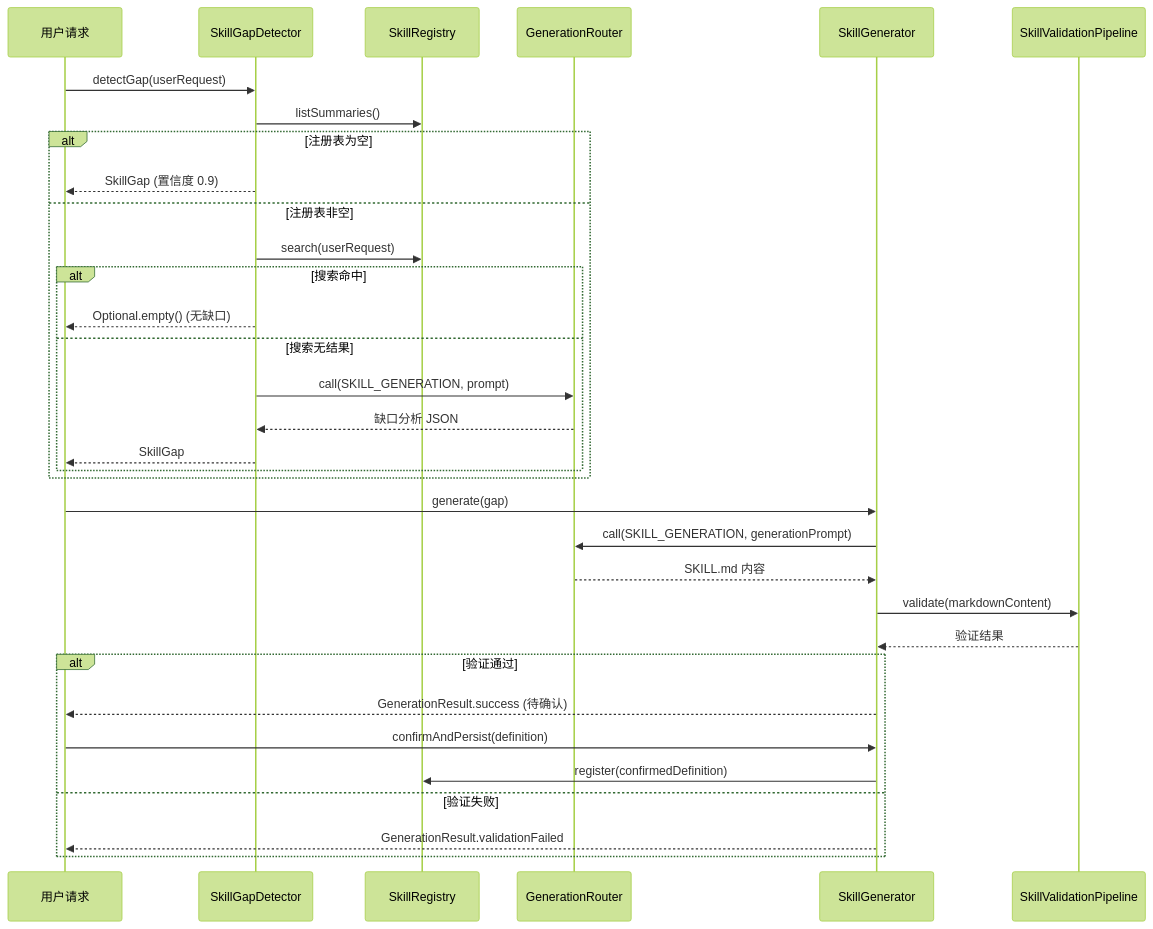
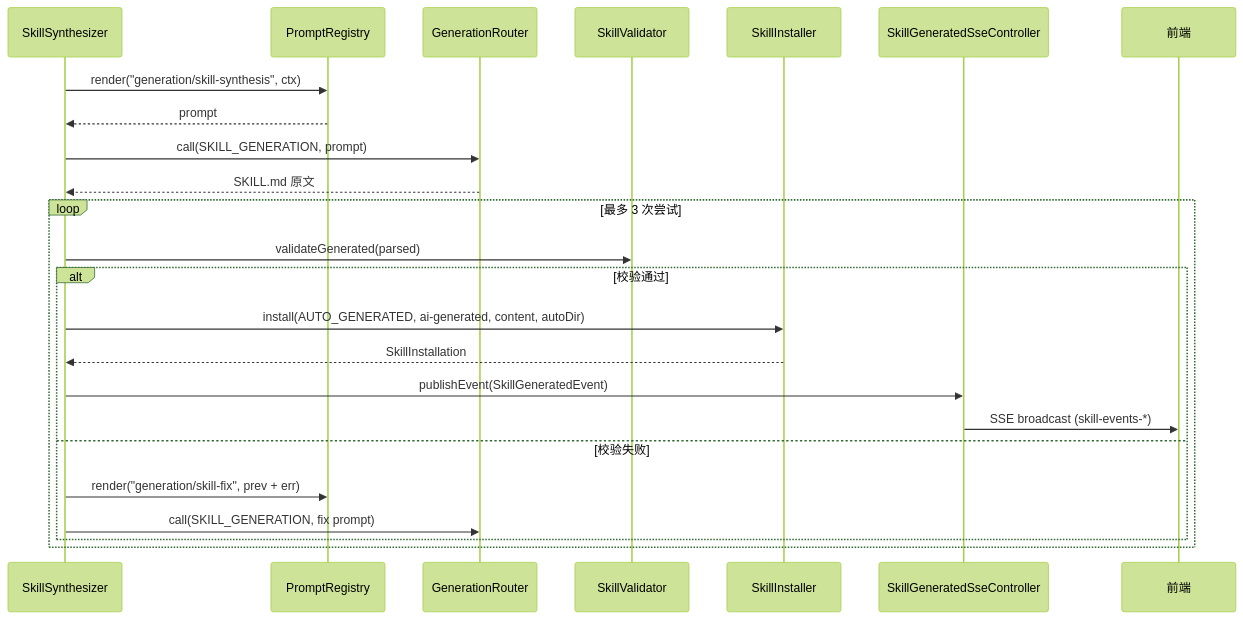
The fifth of 5 diagrams in docs/architecture/skill-system.md (ntygod/LifePilot), drawn with Mermaid (forest theme) before and after one commit. The commit also changed other lines of this file and 263 other files, not shown here.

````diff
--- a/docs/architecture/skill-system.md
+++ b/docs/architecture/skill-system.md
@@ -209,37 +343,27 @@
 ```mermaid
 sequenceDiagram
-    participant User as 用户请求
-    participant SGD as SkillGapDetector
-    participant SR as SkillRegistry
+    participant SS as SkillSynthesizer
+    participant PR as PromptRegistry
     participant LLM as GenerationRouter
-    participant SG as SkillGenerator
-    participant SVP as SkillValidationPipeline
+    participant Val as SkillValidator
+    participant SI as SkillInstaller
+    participant SSE as SkillGeneratedSseController
+    participant UI as 前端
 
-    User->>SGD: detectGap(userRequest)
-    SGD->>SR: listSummaries()
-    alt 注册表为空
-        SGD-->>User: SkillGap (置信度 0.9)
-    else 注册表非空
-        SGD->>SR: search(userRequest)
-        alt 搜索命中
-            SGD-->>User: Optional.empty() (无缺口)
-        else 搜索无结果
-            SGD->>LLM: call(SKILL_GENERATION, prompt)
-            LLM-->>SGD: 缺口分析 JSON
-            SGD-->>User: SkillGap
+    SS->>PR: render("generation/skill-synthesis", ctx)
+    PR-->>SS: prompt
+    SS->>LLM: call(SKILL_GENERATION, prompt)
+    LLM-->>SS: SKILL.md 原文
+    loop 最多 3 次尝试
+        SS->>Val: validateGenerated(parsed)
+        alt 校验通过
+            SS->>SI: install(AUTO_GENERATED, ai-generated, content, autoDir)
+            SI-->>SS: SkillInstallation
+            SS->>SSE: publishEvent(SkillGeneratedEvent)
+            SSE->>UI: SSE broadcast (skill-events-*)
+        else 校验失败
+            SS->>PR: render("generation/skill-fix", prev + err)
+            SS->>LLM: call(SKILL_GENERATION, fix prompt)
         end
     end
-
-    User->>SG: generate(gap)
-    SG->>LLM: call(SKILL_GENERATION, generationPrompt)
-    LLM-->>SG: SKILL.md 内容
-    SG->>SVP: validate(markdownContent)
-    SVP-->>SG: 验证结果
-    alt 验证通过
-        SG-->>User: GenerationResult.success (待确认)
-        User->>SG: confirmAndPersist(definition)
-        SG->>SR: register(confirmedDefinition)
-    else 验证失败
-        SG-->>User: GenerationResult.validationFailed
-    end
 ```
````
